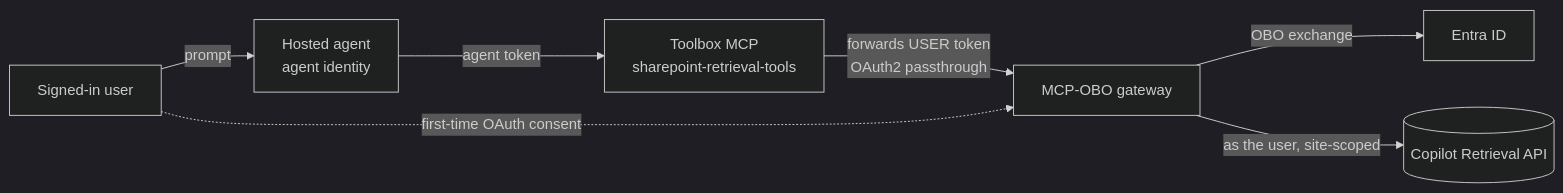
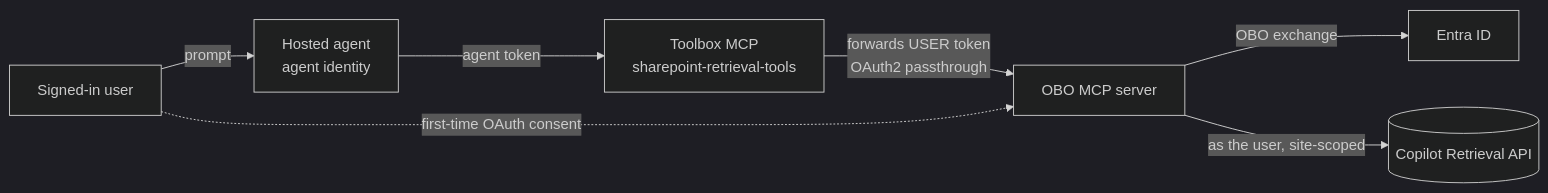
The diagram in foundryagents/hostedagent/sharepoint-copilot-retrieval/README.md (Heenanl/Foundry_EnterpriseAgents), drawn with Mermaid (dark theme) before and after one commit. The commit also changed other lines of this file and 23 other files, not shown here.

First line of the commit message:
Rename the OBO gateway to obo-mcp-server and document private hosting

````diff
--- a/foundryagents/hostedagent/sharepoint-copilot-retrieval/README.md
+++ b/foundryagents/hostedagent/sharepoint-copilot-retrieval/README.md
@@ -31,9 +31,9 @@
 ```mermaid
 flowchart LR
     U[Signed-in user] -->|prompt| A[Hosted agent<br/>agent identity]
     A -->|agent token| TB[Toolbox MCP<br/>sharepoint-retrieval-tools]
-    TB -->|forwards USER token<br/>OAuth2 passthrough| GW[MCP-OBO gateway]
+    TB -->|forwards USER token<br/>OAuth2 passthrough| GW[OBO MCP server]
     GW -->|OBO exchange| E[Entra ID]
     GW -->|as the user, site-scoped| RET[(Copilot Retrieval API)]
     U -.->|first-time OAuth consent| GW
 ```
````
